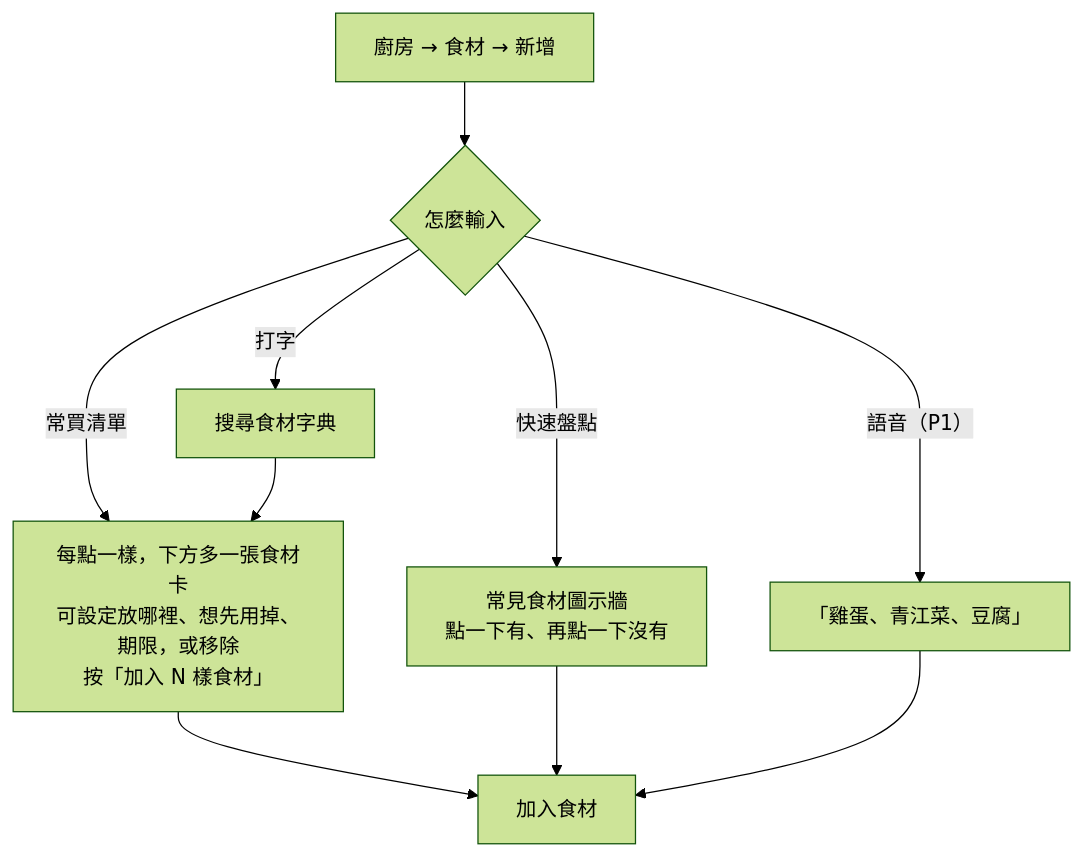
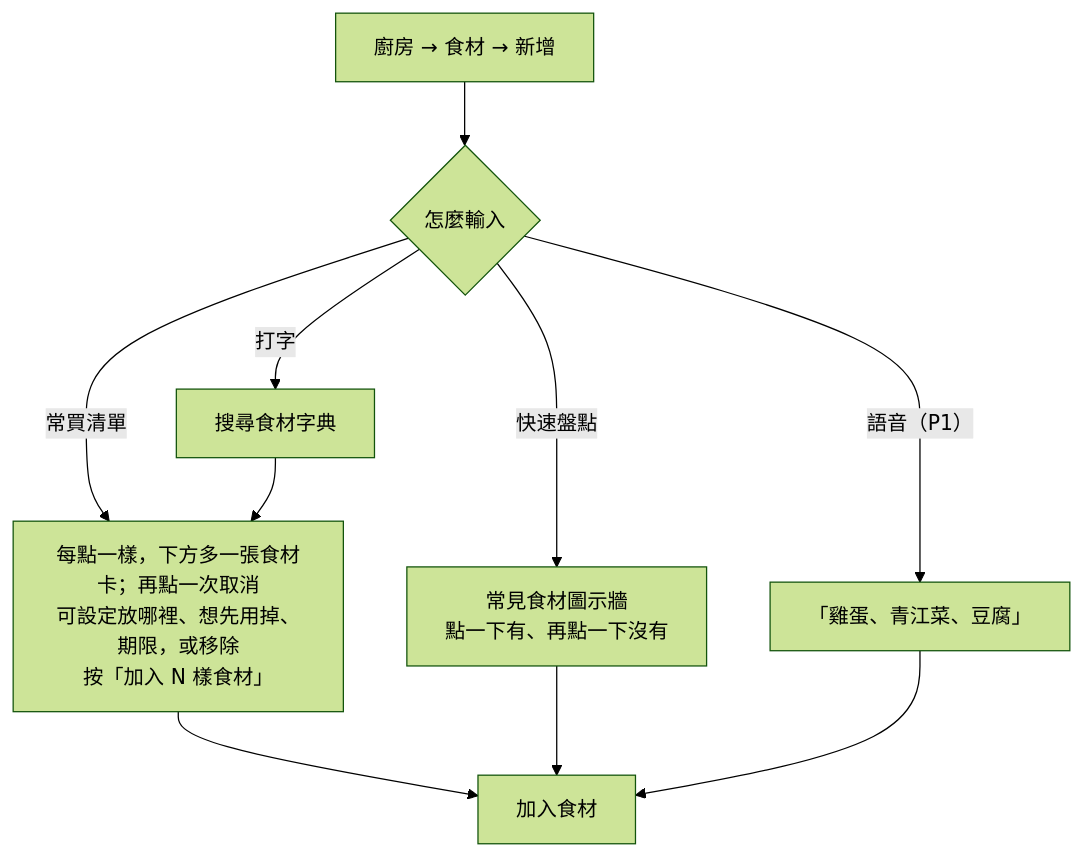
One commit to LeeBoYin/cooking-recipe-app changed the fourth of 8 diagrams in docs/09-user-flows.md. Above: the diagram before and after it, drawn with Mermaid (forest theme). The commit also changed 5 other files, not shown here.

````diff
--- a/docs/09-user-flows.md
+++ b/docs/09-user-flows.md
@@ -124,12 +124,12 @@
 ```mermaid
 flowchart TD
   A[廚房 → 食材 → 新增] --> B{怎麼輸入}
   B -- 打字 --> C[搜尋食材字典]
-  B -- 常買清單 --> D[每點一樣，下方多一張食材卡<br/>可設定放哪裡、想先用掉、期限，或移除<br/>按「加入 N 樣食材」]
+  B -- 常買清單 --> D[每點一樣，下方多一張食材卡；再點一次取消<br/>可設定放哪裡、想先用掉、期限，或移除<br/>按「加入 N 樣食材」]
   B -- 快速盤點 --> E[常見食材圖示牆<br/>點一下有、再點一下沒有]
   B -- 語音（P1） --> F[「雞蛋、青江菜、豆腐」]
   C --> D
   D --> H[加入食材]
   E --> H
   F --> H
 ```
````
